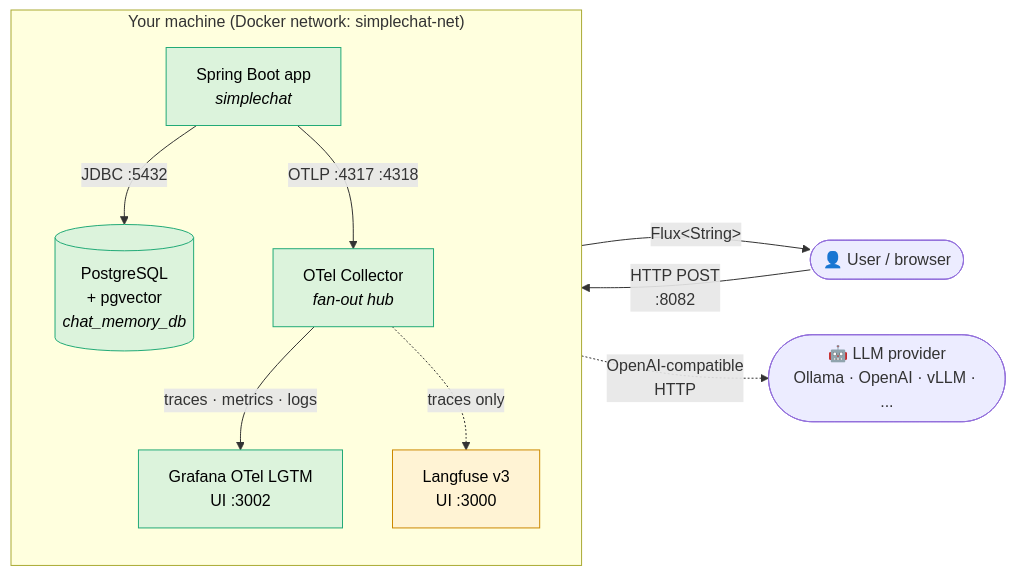
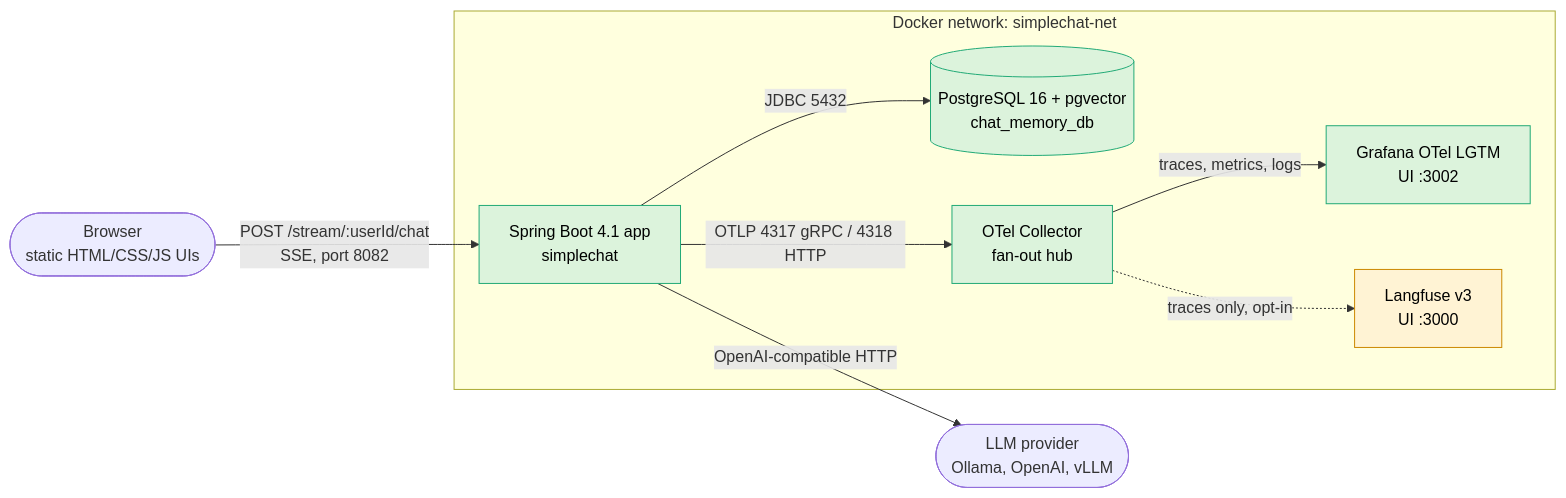
One commit to jnolasco-portfolio/simplechat changed the first of 6 diagrams in README.md. Above: the diagram before and after it, drawn with Mermaid. The commit also changed other lines of this file and 12 other files, not shown here.

````diff
--- a/README.md
+++ b/README.md
@@ -49,20 +87,18 @@
 ```mermaid
 flowchart LR
-    U(["👤 User / browser"]) -->|HTTP POST<br/>:8082| App["Spring Boot app<br/><i>simplechat</i>"]
-    App -->|"Flux&lt;String&gt;"| U
+    Browser(["Browser<br/>static HTML/CSS/JS UIs"]) -->|"POST /stream/:userId/chat<br/>SSE, port 8082"| App["Spring Boot 4.1 app<br/>simplechat"]
 
-    subgraph "Your machine (Docker network: simplechat-net)"
-        direction TB
-        App -->|"JDBC :5432"| DB[("PostgreSQL<br/>+ pgvector<br/><i>chat_memory_db</i>")]
-        App -->|"OTLP :4317 :4318"| Col["OTel Collector<br/><i>fan-out hub</i>"]
-        Col -->|"traces · metrics · logs"| LGTM["Grafana OTel LGTM<br/>UI :3002"]
-        Col -.->|"traces only"| LF["Langfuse v3<br/>UI :3000"]
+    subgraph Net["Docker network: simplechat-net"]
+        App -->|"JDBC 5432"| Db[("PostgreSQL 16 + pgvector<br/>chat_memory_db")]
+        App -->|"OTLP 4317 gRPC / 4318 HTTP"| Col["OTel Collector<br/>fan-out hub"]
+        Col -->|"traces, metrics, logs"| Lgtm["Grafana OTel LGTM<br/>UI :3002"]
+        Col -.->|"traces only, opt-in"| Lf["Langfuse v3<br/>UI :3000"]
     end
 
-    App -.->|"OpenAI-compatible<br/>HTTP"| LLM(["🤖 LLM provider<br/>Ollama · OpenAI · vLLM · ..."])
+    App -->|"OpenAI-compatible HTTP"| Llm(["LLM provider<br/>Ollama, OpenAI, vLLM"])
 
-    classDef required fill:#dcf3dc,stroke:#2a7,stroke-width:1px,color:#000
-    classDef optional fill:#fff3d4,stroke:#c80,stroke-width:1px,color:#000
-    class App,DB,Col,LGTM required
-    class LF optional
+    classDef req fill:#dcf3dc,stroke:#2a7,stroke-width:1px,color:#000
+    classDef opt fill:#fff3d4,stroke:#c80,stroke-width:1px,color:#000
+    class App,Db,Col,Lgtm req
+    class Lf opt
 ```
````
